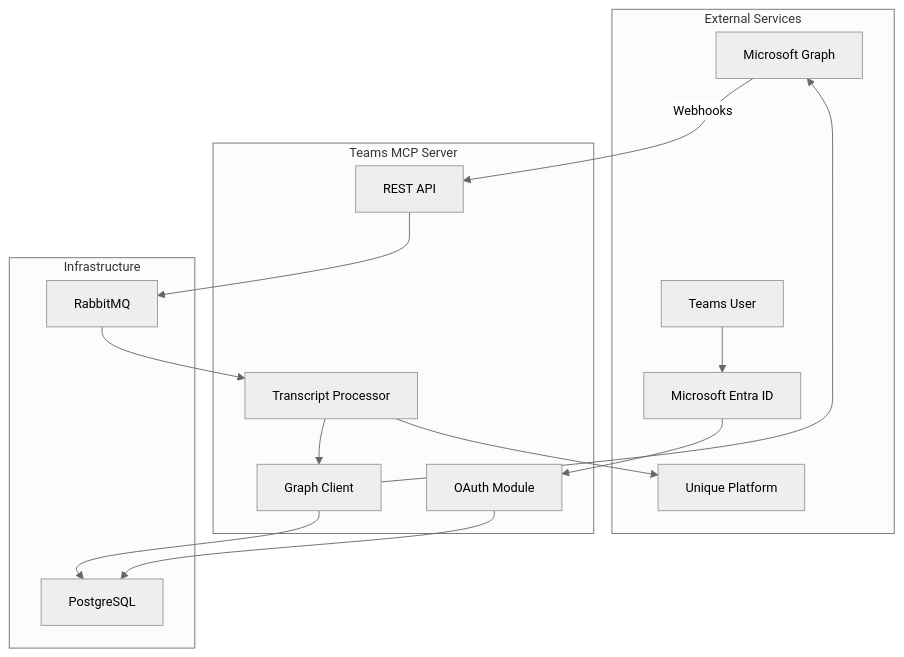
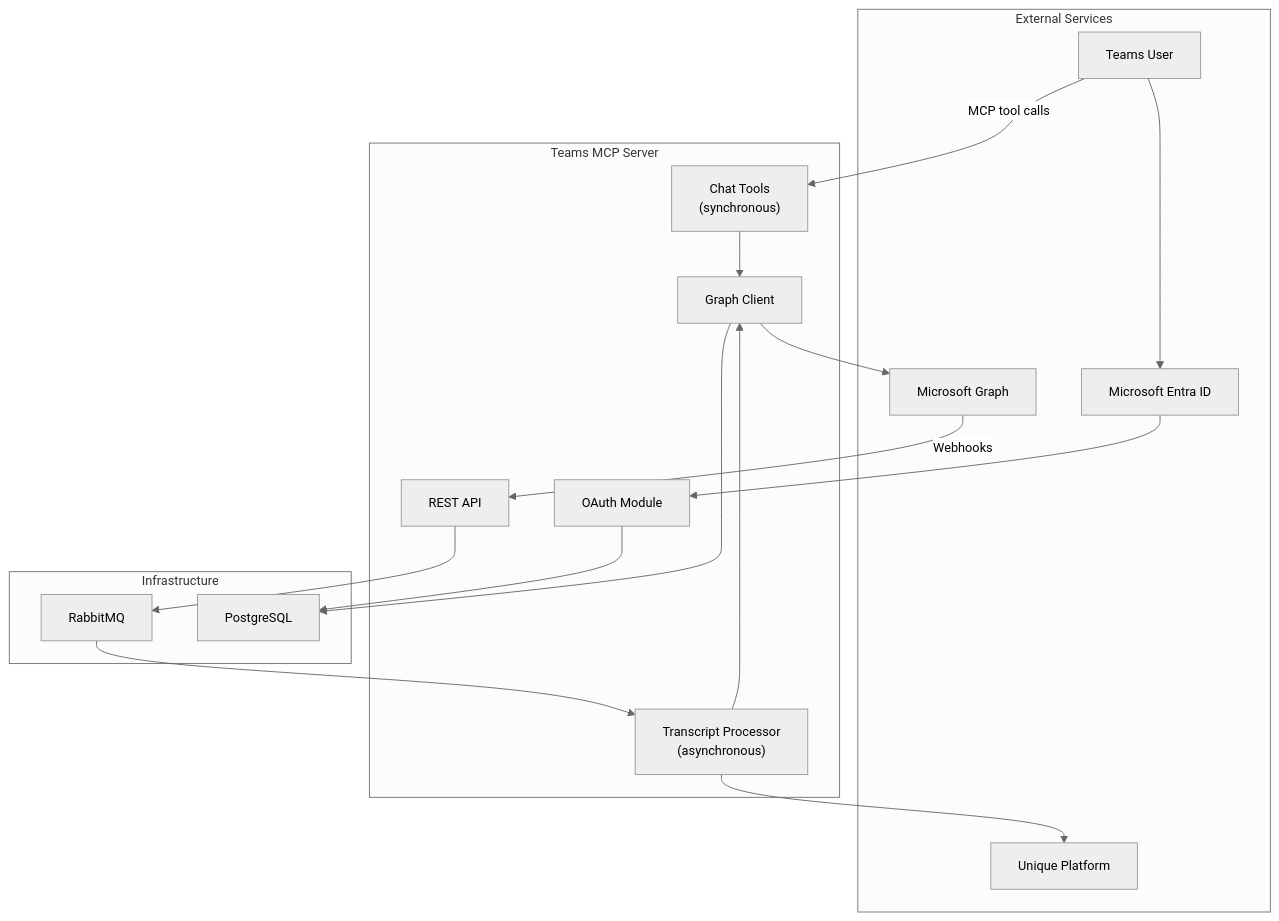
Before and after one commit to Unique-AG/connectors: the first of 4 diagrams in services/teams-mcp/docs/technical/architecture.md, drawn with Mermaid. The commit also changed other lines of this file and 11 other files, not shown here.

Commit message:
docs(teams-mcp): document chat/messaging tools and subscription lifecycle (#660)

````diff
--- a/services/teams-mcp/docs/technical/architecture.md
+++ b/services/teams-mcp/docs/technical/architecture.md
@@ -16,36 +19,40 @@
 ```mermaid
 %%{init: {'theme': 'neutral', 'themeVariables': { 'fontSize': '14px' }}}%%
 flowchart TB
     subgraph External["External Services"]
         User["Teams User"]
         EntraID["Microsoft Entra ID"]
         MSGraph["Microsoft Graph"]
         Unique["Unique Platform"]
     end
 
     subgraph TeamsMCP["Teams MCP Server"]
         OAuth["OAuth Module"]
         API["REST API"]
-        Processor["Transcript Processor"]
+        ChatTools["Chat Tools<br/>(synchronous)"]
+        Processor["Transcript Processor<br/>(asynchronous)"]
         GraphClient["Graph Client"]
     end
 
     subgraph Infrastructure["Infrastructure"]
         Queue["RabbitMQ"]
         DB["PostgreSQL"]
     end
 
     User --> EntraID
     EntraID --> OAuth
     OAuth --> DB
-    
+
+    User -->|"MCP tool calls"| ChatTools
+    ChatTools --> GraphClient
+
     MSGraph -->|"Webhooks"| API
     API --> Queue
     Queue --> Processor
-    
+
     Processor --> GraphClient
     GraphClient --> DB
     GraphClient --> MSGraph
-    
+
     Processor --> Unique
 ```
````
